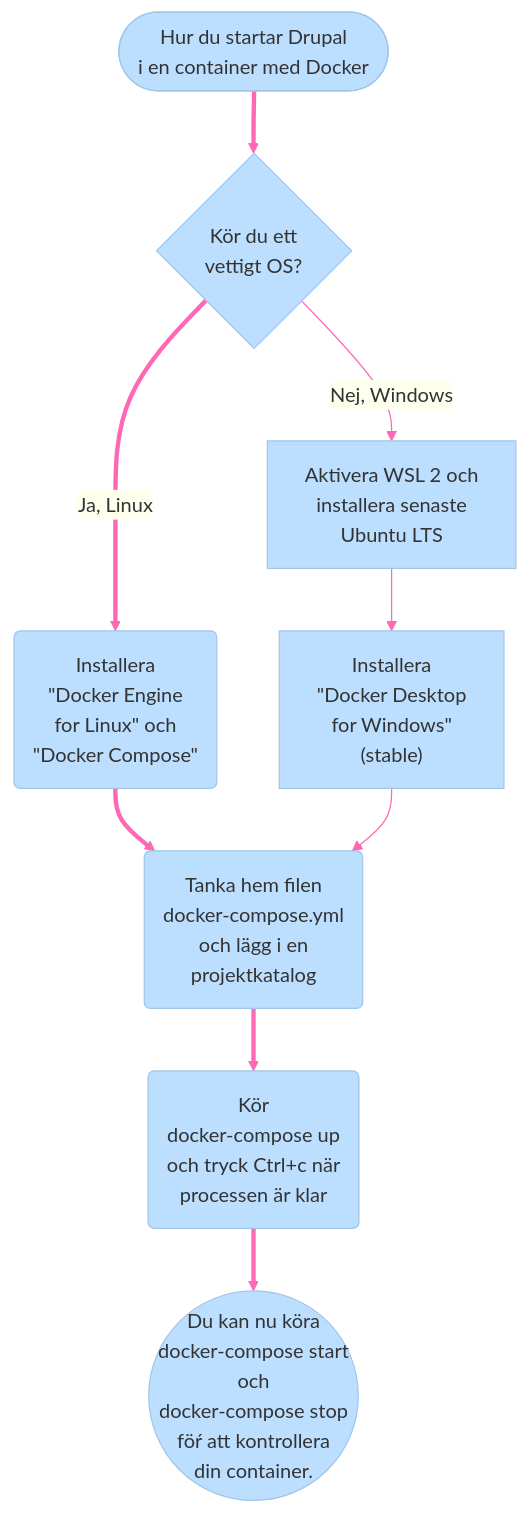
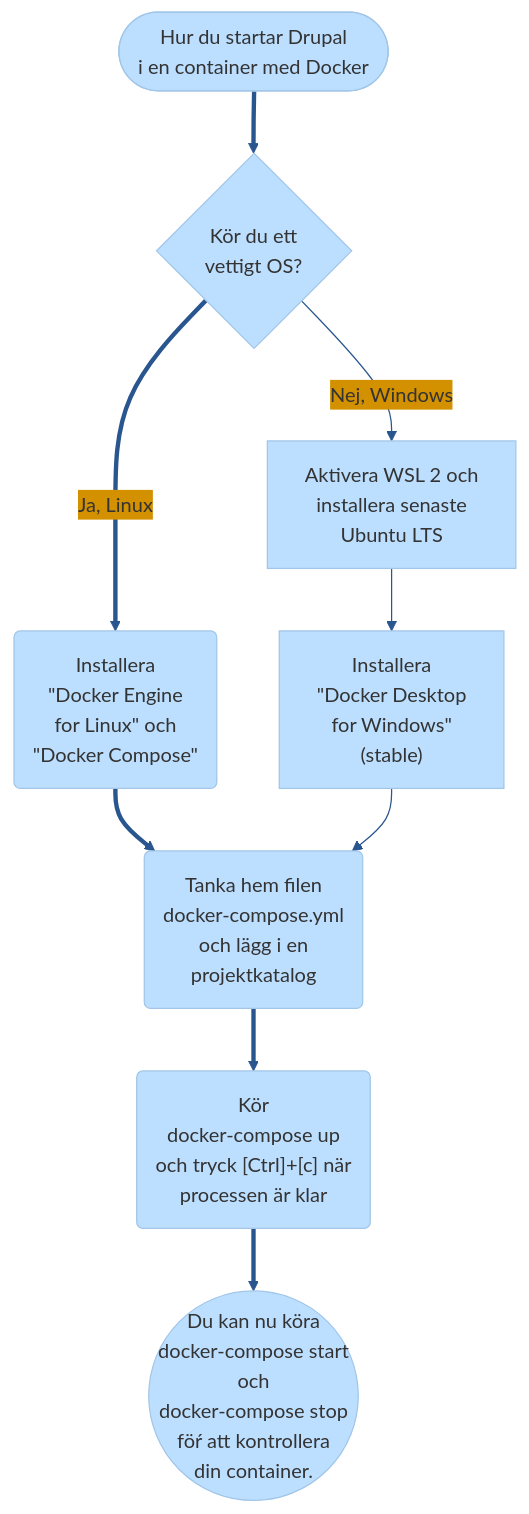
The diagram in README.md (seetee/webweu01), drawn with Mermaid before and after one commit.

````diff
--- a/README.md
+++ b/README.md
@@ -21,13 +21,13 @@
 ```mermaid
-%%{init: {'theme': 'base', 'themeVariables': { 'primaryColor': '#bddfff', 'edgeLabelBackground':'#ffffee', 'lineColor': 'hotpink', 'background':'hotpink'}}}%%
+%%{init: {'theme': 'base', 'themeVariables': { 'primaryColor': '#bddfff', 'edgeLabelBackground':'#d39100', 'lineColor': '#29568f'}}}%%
 flowchart TD
     start([Hur du startar Drupal <br />i en container med Docker]) ==> alla1
     alla1 ==>|Ja, Linux| linux1 
     linux1("Installera <br />#quot;Docker Engine <br />for Linux#quot; och <br />#quot;Docker Compose#quot;") ==> alla2
     alla1{Kör du ett <br />vettigt OS?} -->|Nej, Windows| windows1
     windows1[Aktivera WSL 2 och <br />installera senaste <br />Ubuntu LTS] --> windows2
     windows2["Installera <br />#quot;Docker Desktop <br />for Windows#quot; <br />(stable)"] --> alla2
     alla2(Tanka hem filen <br />docker-compose.yml <br />och lägg i en <br />projektkatalog) ==> alla3 
-    alla3(Kör <br />docker-compose up <br />och tryck Ctrl+c när <br />processen är klar) ==> slut
+    alla3("Kör <br />docker-compose up <br />och tryck [Ctrl]+[c] när <br />processen är klar") ==> slut
     slut((Du kan nu köra <br />docker-compose start <br />och <br />docker-compose stop<br /> föŕ att kontrollera <br />din container.))
 ```
````
